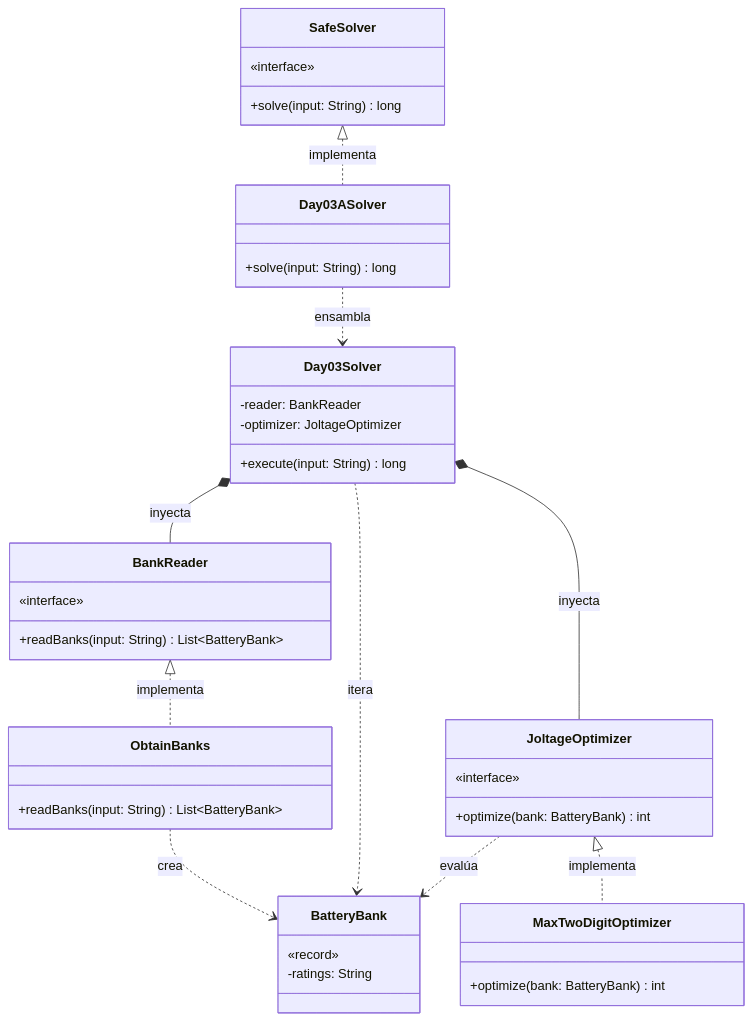
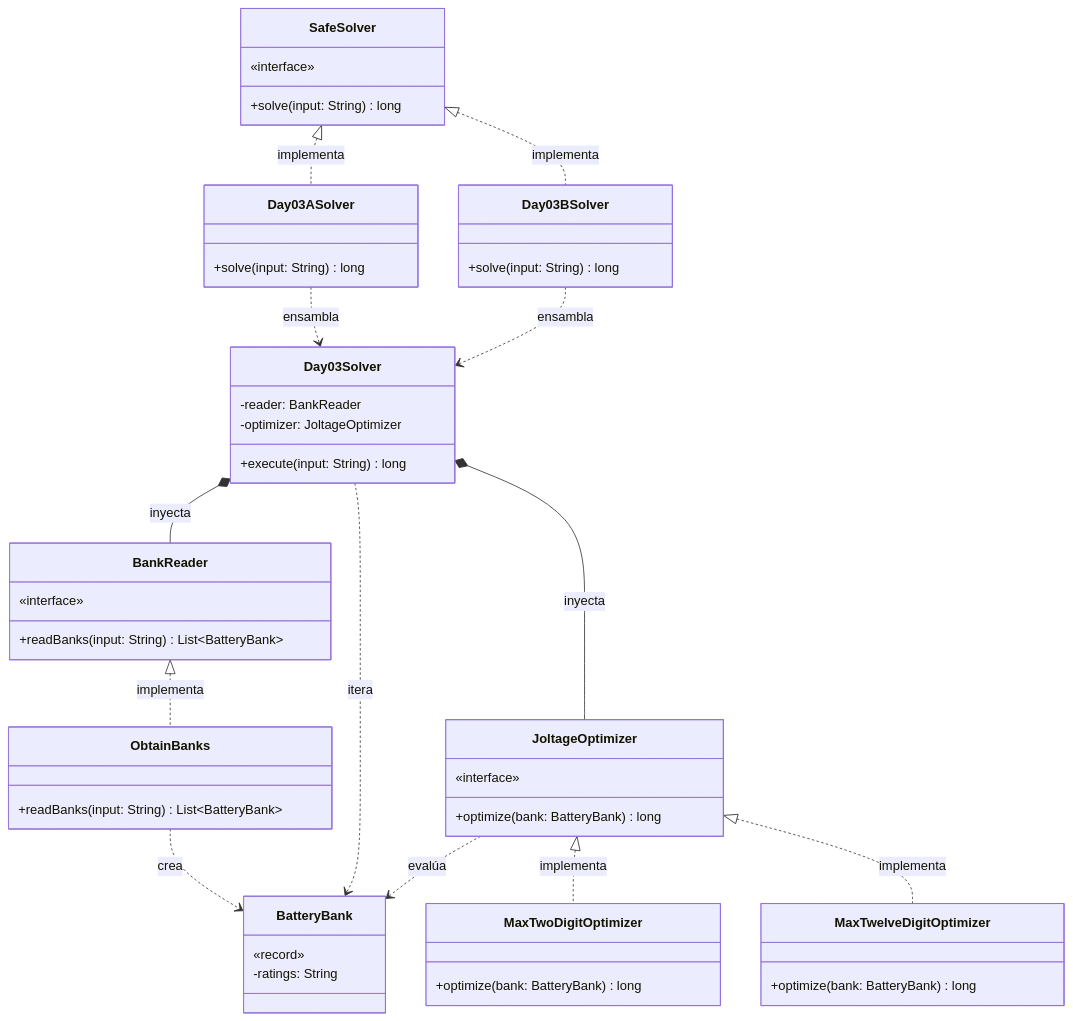
One commit to ivanperezdiaz829/AoC2025 changed the diagram in src/main/java/software/aoc/day03/README.md. Above: the diagram before and after it, drawn with Mermaid. The commit also changed other lines of this file and 12 other files, not shown here.

````diff
--- a/src/main/java/software/aoc/day03/README.md
+++ b/src/main/java/software/aoc/day03/README.md
@@ -36,55 +37,66 @@
 ```mermaid
 classDiagram
     class SafeSolver {
         «interface»
         +solve(input: String) long
     }
 
     class Day03ASolver {
+        +solve(input: String) long
+    }
+
+    class Day03BSolver {
         +solve(input: String) long
     }
 
     class Day03Solver {
         -reader: BankReader
         -optimizer: JoltageOptimizer
         +execute(input: String) long
     }
 
     class BatteryBank {
         «record»
         -ratings: String
     }
 
     class BankReader {
         «interface»
         +readBanks(input: String) List~BatteryBank~
     }
 
     class ObtainBanks {
         +readBanks(input: String) List~BatteryBank~
     }
 
     class JoltageOptimizer {
         «interface»
-        +optimize(bank: BatteryBank) int
+        +optimize(bank: BatteryBank) long
     }
 
     class MaxTwoDigitOptimizer {
-        +optimize(bank: BatteryBank) int
+        +optimize(bank: BatteryBank) long
+    }
+
+    class MaxTwelveDigitOptimizer {
+        +optimize(bank: BatteryBank) long
     }
 
 %% Relaciones de Implementación
     SafeSolver <|.. Day03ASolver : implementa
+    SafeSolver <|.. Day03BSolver : implementa
     BankReader <|.. ObtainBanks : implementa
     JoltageOptimizer <|.. MaxTwoDigitOptimizer : implementa
+    JoltageOptimizer <|.. MaxTwelveDigitOptimizer : implementa
 
 %% Relaciones de Orquestación e Inyección
     Day03ASolver ..> Day03Solver : ensambla
+    Day03BSolver ..> Day03Solver : ensambla
     Day03Solver *-- BankReader : inyecta
     Day03Solver *-- JoltageOptimizer : inyecta
 
 %% Dependencias de Dominio
     ObtainBanks ..> BatteryBank : crea
     Day03Solver ..> BatteryBank : itera
     JoltageOptimizer ..> BatteryBank : evalúa
 ```
````
